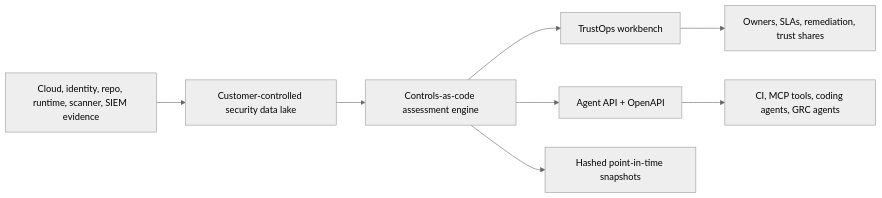
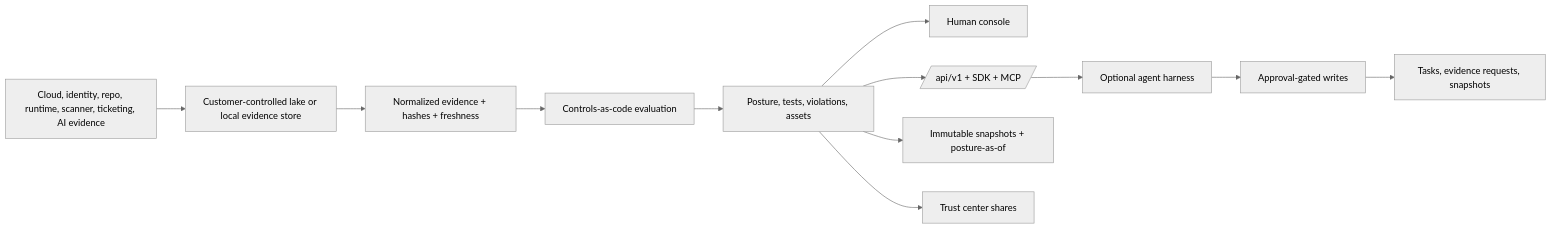
The diagram in README.md (msaad00/trustops-security-data-lake), drawn with Mermaid (neutral theme) before and after one commit. The commit also changed other lines of this file, not shown here.

````diff
--- a/README.md
+++ b/README.md
@@ -44,10 +80,14 @@
 ```mermaid
 flowchart LR
-  Sources[Cloud, identity, repo, runtime, scanner, SIEM evidence] --> Lake[Customer-controlled security data lake]
-  Lake --> Eval[Controls-as-code assessment engine]
-  Eval --> Workbench[TrustOps workbench]
-  Eval --> API[Agent API + OpenAPI]
-  Eval --> Snapshots[Hashed point-in-time snapshots]
-  Workbench --> Owners[Owners, SLAs, remediation, trust shares]
-  API --> Agents[CI, MCP tools, coding agents, GRC agents]
+  Sources[Cloud, identity, repo, runtime, scanner, ticketing, AI evidence] --> Lake[Customer-controlled lake or local evidence store]
+  Lake --> Evidence[Normalized evidence + hashes + freshness]
+  Evidence --> Rules[Controls-as-code evaluation]
+  Rules --> Posture[Posture, tests, violations, assets]
+  Posture --> UI[Human console]
+  Posture --> API[/api/v1 + SDK + MCP/]
+  Posture --> Snapshots[Immutable snapshots + posture-as-of]
+  Posture --> Share[Trust center shares]
+  API --> Harness[Optional agent harness]
+  Harness --> Approval[Approval-gated writes]
+  Approval --> Work[Tasks, evidence requests, snapshots]
 ```
````
